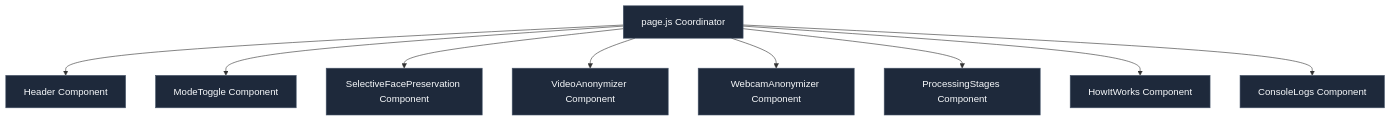
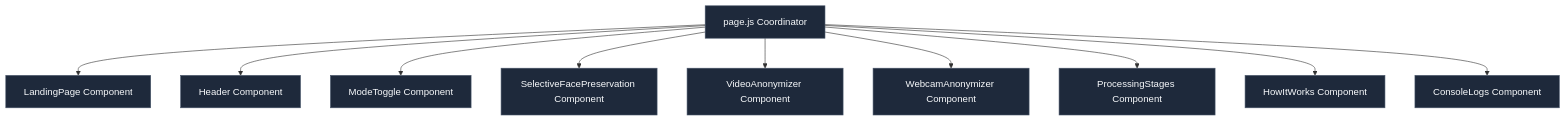
One commit to ravender26/face_blur changed the diagram in src/components/README.md. Above: the diagram before and after it, drawn with Mermaid. The commit also changed other lines of this file and 3 other files, not shown here.

Commit message:
feat: implement main dashboard layout and landing page with WASM-based anonymization integration

````diff
--- a/src/components/README.md
+++ b/src/components/README.md
@@ -9,14 +9,15 @@
 ```mermaid
 graph TD
-  Page[page.js Coordinator] --> Header[Header Component]
+  Page[page.js Coordinator] --> Landing[LandingPage Component]
+  Page --> Header[Header Component]
   Page --> ModeToggle[ModeToggle Component]
   Page --> Preservation[SelectiveFacePreservation Component]
   Page --> VideoAnon[VideoAnonymizer Component]
   Page --> WebcamAnon[WebcamAnonymizer Component]
   Page --> Stages[ProcessingStages Component]
   Page --> HowItWorks[HowItWorks Component]
   Page --> Logs[ConsoleLogs Component]
 
   classDef component fill:#1e293b,stroke:#475569,stroke-width:1px,color:#f8fafc;
-  class Page,Header,ModeToggle,Preservation,VideoAnon,WebcamAnon,Stages,HowItWorks,Logs component;
+  class Page,Landing,Header,ModeToggle,Preservation,VideoAnon,WebcamAnon,Stages,HowItWorks,Logs component;
 ```
````
